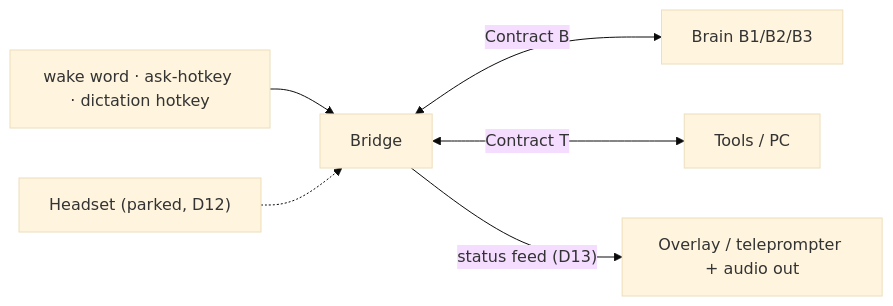
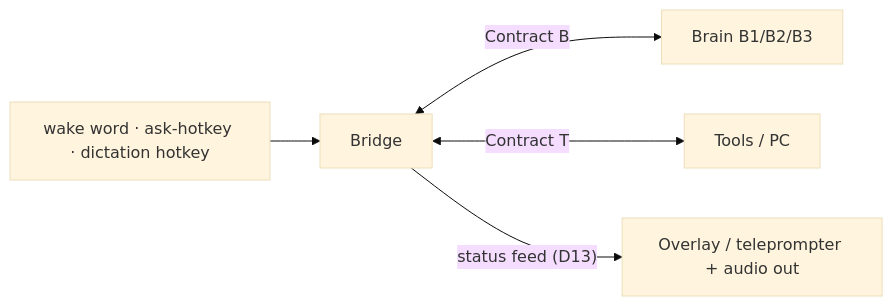
The diagram in spec/00_overview.md (thomas-toh/gemma), drawn with Mermaid (base theme) before and after one commit. The commit also changed other lines of this file and 11 other files, not shown here.

````diff
--- a/spec/00_overview.md
+++ b/spec/00_overview.md
@@ -19,8 +18,7 @@
 ```mermaid
 flowchart LR
     U["wake word · ask-hotkey · dictation hotkey"] --> G[Bridge]
     G <-- "Contract B" --> B["Brain B1/B2/B3"]
     G <-- "Contract T" --> T["Tools / PC"]
     G -- "status feed (D13)" --> V["Overlay / teleprompter + audio out"]
-    H["Headset (parked, D12)"] -.-> G
 ```
````
